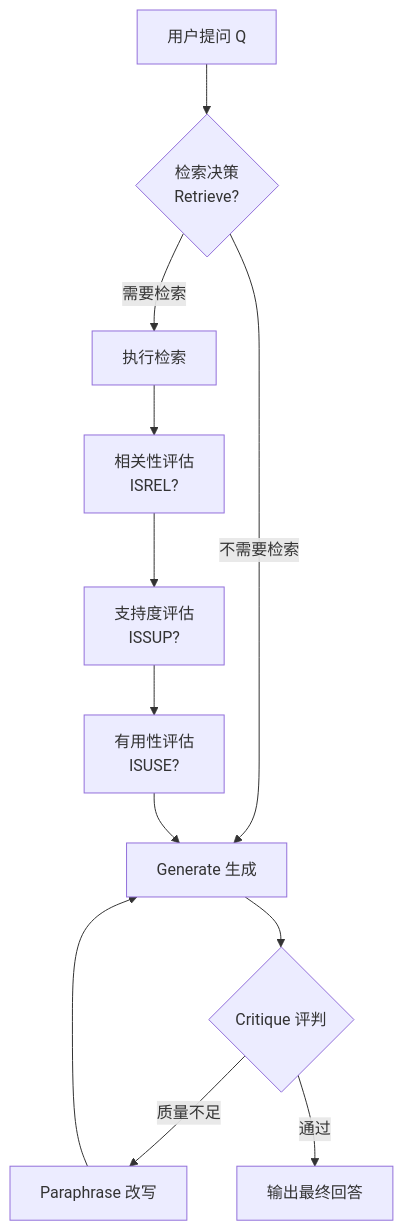
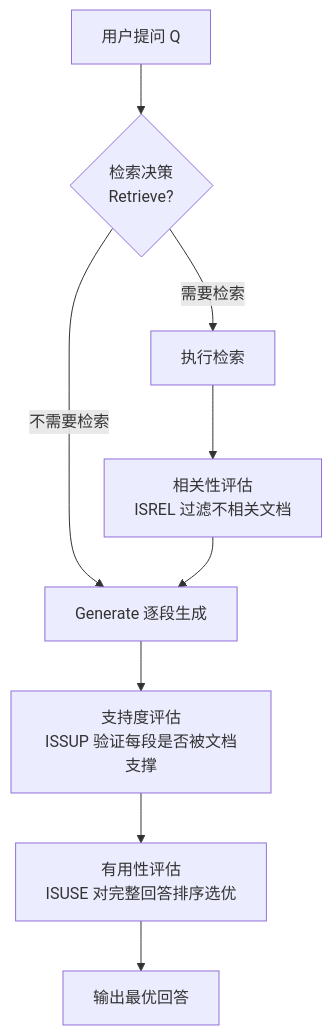
Before and after one commit to eeyzs1/agent_demos: the second of 11 diagrams in design_mode/docs/03_检索增强类.md, drawn with Mermaid. The commit also changed other lines of this file and 21 other files, not shown here.

````diff
--- a/design_mode/docs/03_检索增强类.md
+++ b/design_mode/docs/03_检索增强类.md
@@ -223,14 +222,11 @@
 ```mermaid
 flowchart TD
     A[用户提问 Q] --> B{检索决策<br/>Retrieve?}
     B -->|需要检索| C[执行检索]
     B -->|不需要检索| G
-    C --> D[相关性评估<br/>ISREL?]
-    D --> E[支持度评估<br/>ISSUP?]
-    E --> F[有用性评估<br/>ISUSE?]
-    F --> G[Generate 生成]
-    G --> H{Critique 评判}
-    H -->|质量不足| I[Paraphrase 改写]
-    I --> G
-    H -->|通过| J[输出最终回答]
+    C --> D[相关性评估<br/>ISREL 过滤不相关文档]
+    D --> G[Generate 逐段生成]
+    G --> E[支持度评估<br/>ISSUP 验证每段是否被文档支撑]
+    E --> F[有用性评估<br/>ISUSE 对完整回答排序选优]
+    F --> J[输出最优回答]
 ```
````
